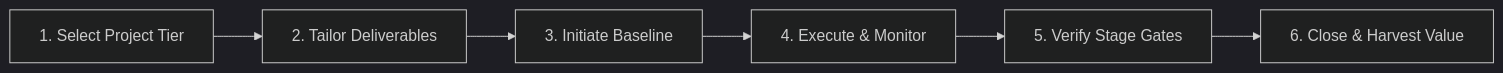
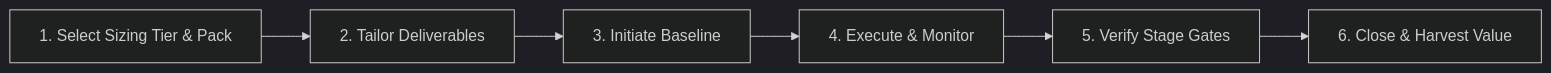
One commit to fakhruldeen/Tasleemat changed the diagram in docs/en/01_getting_started.md. Above: the diagram before and after it, drawn with Mermaid (dark theme). The commit also changed other lines of this file and 48 other files, not shown here.

````diff
--- a/docs/en/01_getting_started.md
+++ b/docs/en/01_getting_started.md
@@ -36,8 +36,8 @@
 ```mermaid
 flowchart LR
-    A["1. Select Project Tier"] --> B["2. Tailor Deliverables"]
+    A["1. Select Sizing Tier & Pack"] --> B["2. Tailor Deliverables"]
     B --> C["3. Initiate Baseline"]
     C --> D["4. Execute & Monitor"]
     D --> E["5. Verify Stage Gates"]
     E --> F["6. Close & Harvest Value"]
 ```
````
